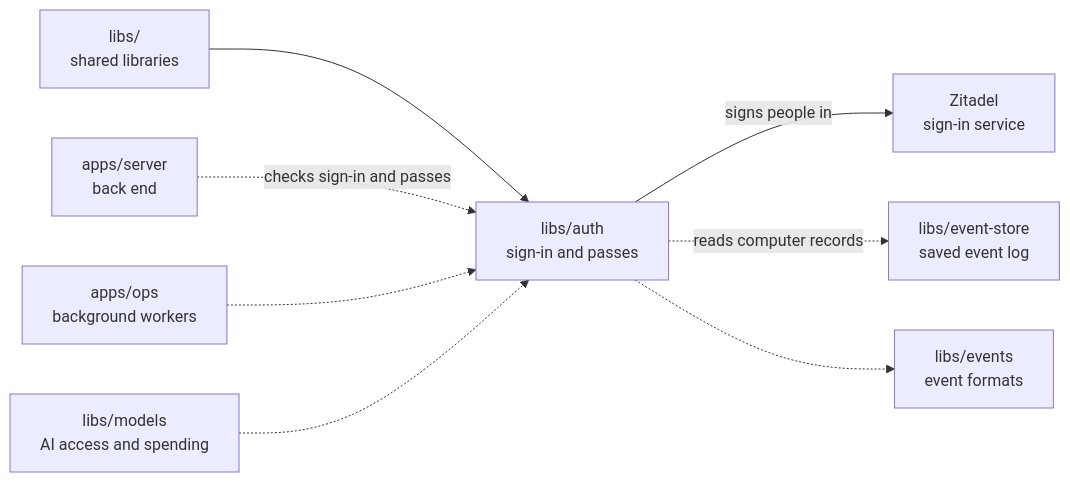
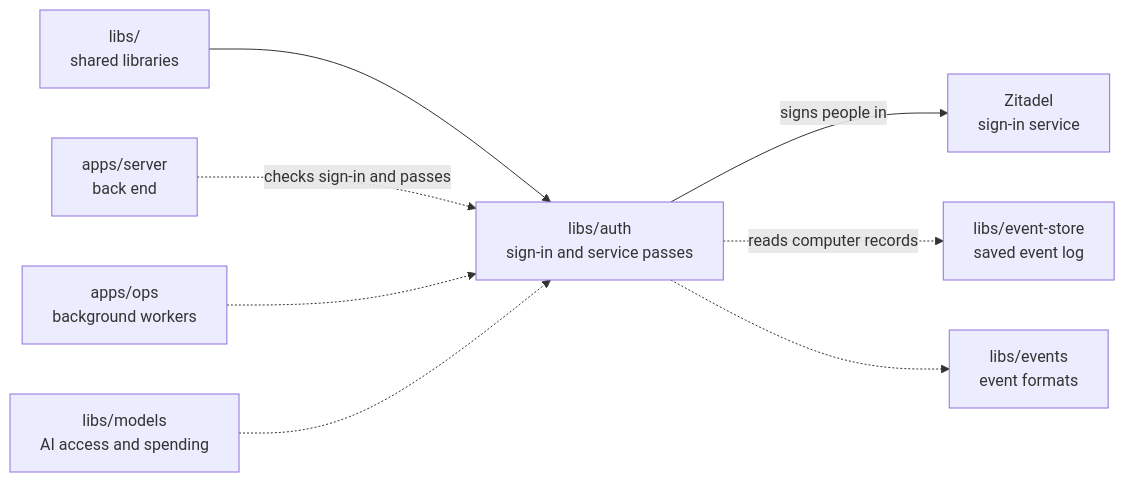
Before and after one commit to elewa-git/opencrane-new: the diagram in libs/auth/README.md, drawn with Mermaid. The commit also changed other lines of this file and 5 other files, not shown here.

````diff
--- a/libs/auth/README.md
+++ b/libs/auth/README.md
@@ -19,10 +20,10 @@
 ```mermaid
 flowchart LR
-  parent["libs/<br/>shared libraries"] --> auth["libs/auth<br/>sign-in and passes"]
+  parent["libs/<br/>shared libraries"] --> auth["libs/auth<br/>sign-in and service passes"]
   server["apps/server<br/>back end"] -.->|checks sign-in and passes| auth
   ops["apps/ops<br/>background workers"] -.-> auth
   models["libs/models<br/>AI access and spending"] -.-> auth
   auth -->|signs people in| zitadel["Zitadel<br/>sign-in service"]
   auth -.->|reads computer records| store["libs/event-store<br/>saved event log"]
   auth -.-> events["libs/events<br/>event formats"]
 ```
````
